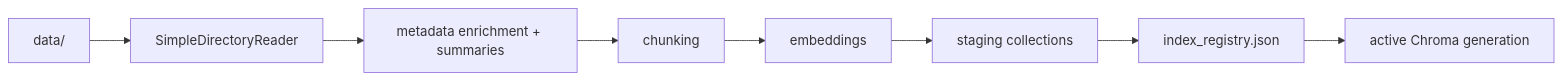
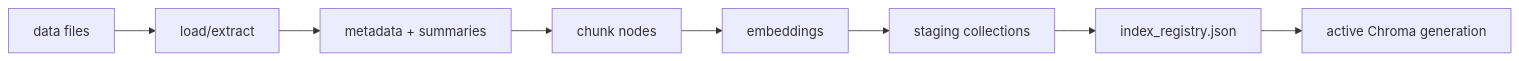
The fourth of 5 diagrams in docs/architecture.md (ktolmachov/hometutor), drawn with Mermaid before and after one commit. The commit also changed other lines of this file and 218 other files, not shown here.

````diff
--- a/docs/architecture.md
+++ b/docs/architecture.md
@@ -465,10 +133,10 @@
 ```mermaid
 flowchart LR
-    A[data/] --> B[SimpleDirectoryReader]
-    B --> C[metadata enrichment + summaries]
-    C --> D[chunking]
-    D --> E[embeddings]
-    E --> F[staging collections]
-    F --> G[index_registry.json]
-    G --> H[active Chroma generation]
+    Files[data files] --> Load[load/extract]
+    Load --> Meta[metadata + summaries]
+    Meta --> Chunk[chunk nodes]
+    Chunk --> Embed[embeddings]
+    Embed --> Stage[staging collections]
+    Stage --> Registry[index_registry.json]
+    Registry --> Active[active Chroma generation]
 ```
````
